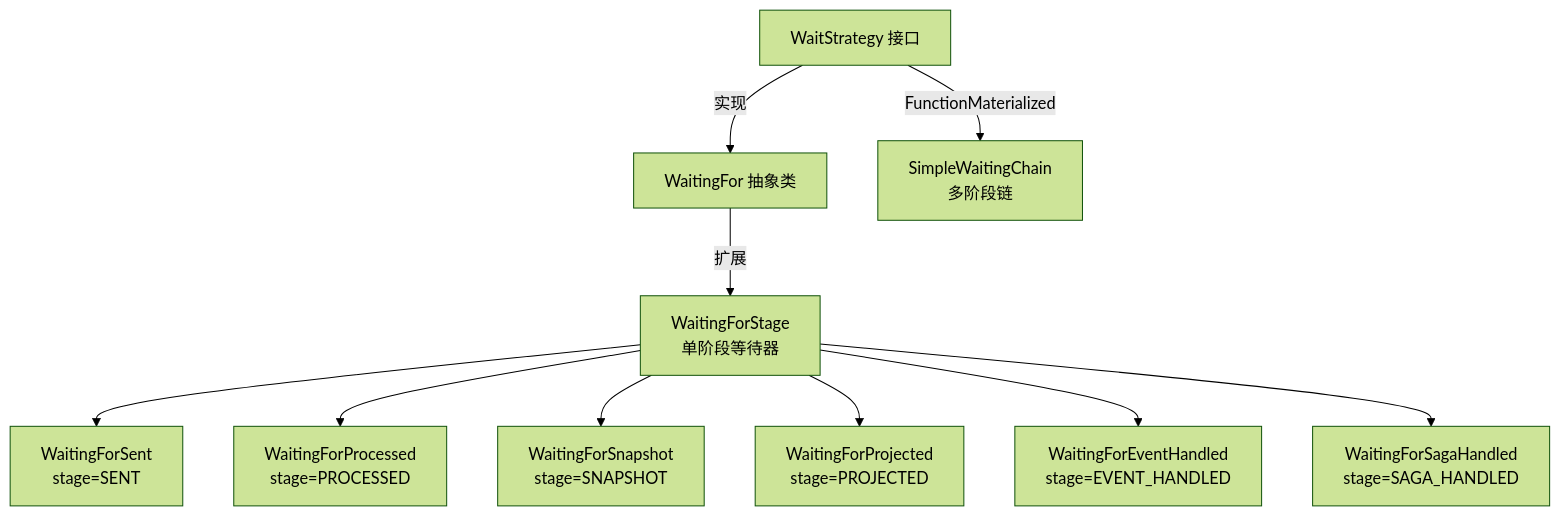
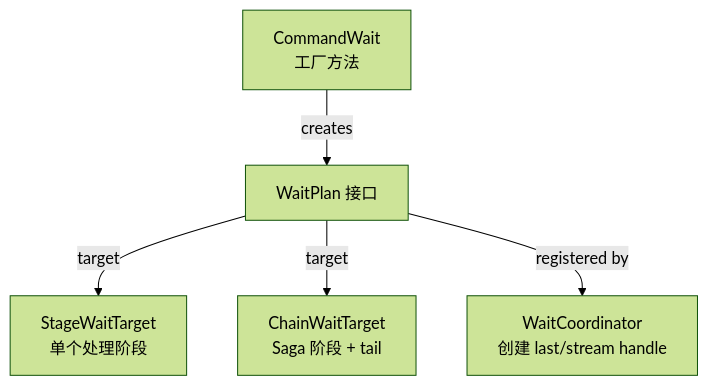
Before and after one commit to Ahoo-Wang/Wow: the third of 3 diagrams in documentation/docs/zh/guide/command-gateway.md, drawn with Mermaid (forest theme). The commit also changed other lines of this file and 128 other files, not shown here.

Commit message:
feat(core): remove wait strategy runtime

````diff
--- a/documentation/docs/zh/guide/command-gateway.md
+++ b/documentation/docs/zh/guide/command-gateway.md
@@ -614,26 +614,14 @@
 ```mermaid
 graph TB
-    WS[WaitStrategy 接口]
-    WF[WaitingFor 抽象类]
-    WFS[WaitingForStage<br>单阶段等待器]
-    SC[SimpleWaitingChain<br>多阶段链]
+    WS[WaitPlan 接口]
+    SWT[StageWaitTarget<br>单个处理阶段]
+    CWT[ChainWaitTarget<br>Saga 阶段 + tail]
+    CW[CommandWait<br>工厂方法]
+    HC[WaitCoordinator<br>创建 last/stream handle]
 
-    WS -->|实现| WF
-    WF -->|扩展| WFS
-    WS -->|FunctionMaterialized| SC
-
-    WFS_SENT[WaitingForSent<br>stage=SENT]
-    WFS_PROC[WaitingForProcessed<br>stage=PROCESSED]
-    WFS_SNAP[WaitingForSnapshot<br>stage=SNAPSHOT]
-    WFS_PROJ[WaitingForProjected<br>stage=PROJECTED]
-    WFS_EH[WaitingForEventHandled<br>stage=EVENT_HANDLED]
-    WFS_SH[WaitingForSagaHandled<br>stage=SAGA_HANDLED]
-
-    WFS --> WFS_SENT
-    WFS --> WFS_PROC
-    WFS --> WFS_SNAP
-    WFS --> WFS_PROJ
-    WFS --> WFS_EH
-    WFS --> WFS_SH
+    CW -->|creates| WS
+    WS -->|target| SWT
+    WS -->|target| CWT
+    WS -->|registered by| HC
 
 ```
````
